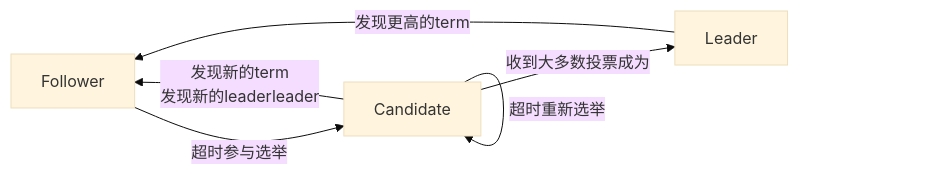
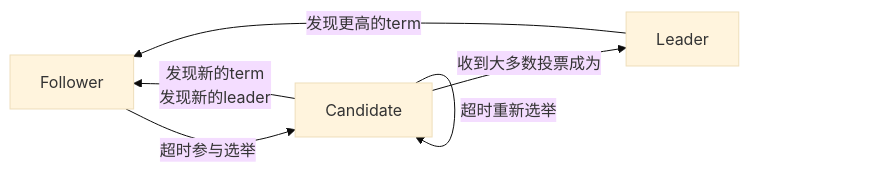
One commit to wanghenshui/wanghenshui.github.io changed the diagram in _posts/mmd/raft-v1.mmd. Above: the diagram before and after it, drawn with Mermaid (base theme). The commit also changed 2 other files, not shown here.

```diff
--- a/_posts/mmd/raft-v1.mmd
+++ b/_posts/mmd/raft-v1.mmd
@@ -1,6 +1,6 @@
 flowchart LR
     Follower -->|超时参与选举| Candidate
     Candidate --> |超时重新选举| Candidate
     Candidate --> |收到大多数投票成为|Leader
     Leader --> |发现更高的term|Follower
-    Candidate --> |发现新的term<br>发现新的leaderleader|Follower
+    Candidate --> |发现新的term<br>发现新的leader|Follower
```
